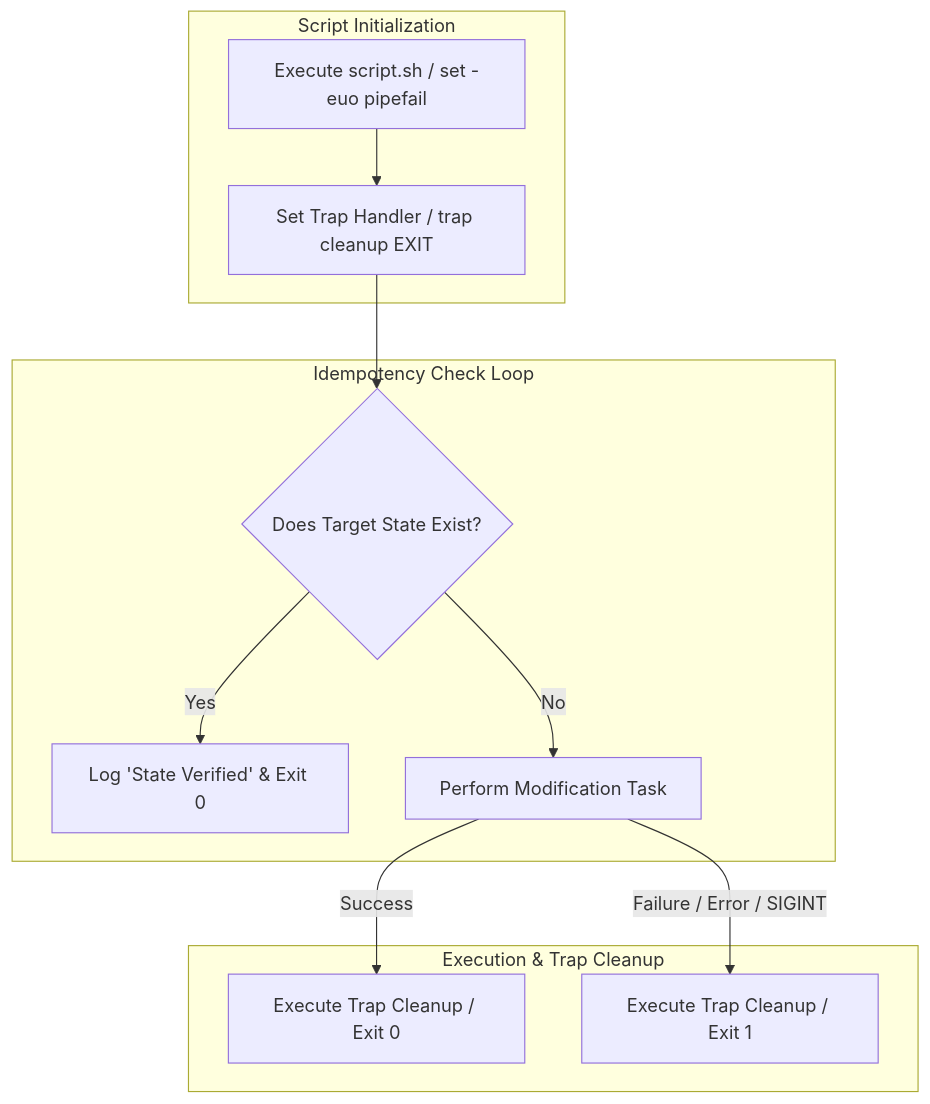
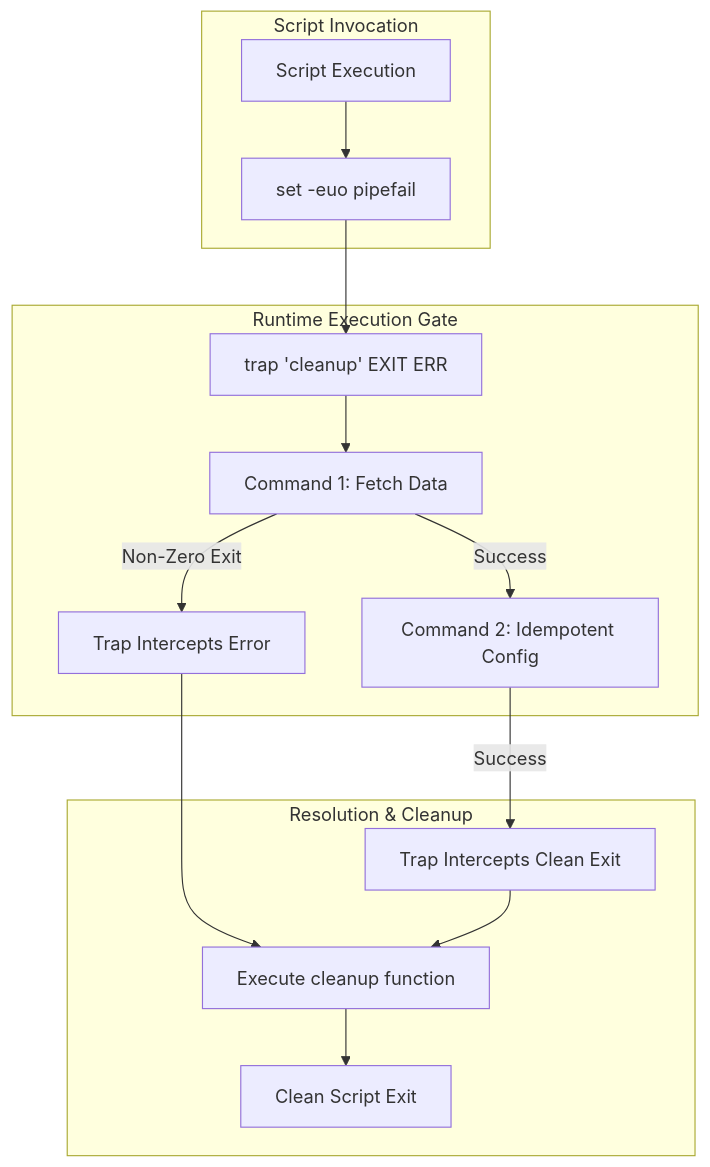
The diagram in output/generated/module-01/lesson-04.md (aloysiuspattath/platform-engineering-ai-course), drawn with Mermaid before and after one commit. The commit also changed other lines of this file and 16 other files, not shown here.

````diff
--- a/output/generated/module-01/lesson-04.md
+++ b/output/generated/module-01/lesson-04.md
@@ -67,20 +69,20 @@
 ```mermaid
 flowchart TD
-    subgraph Script Initialization
-        INIT[Execute script.sh / set -euo pipefail]
-        TRAP[Set Trap Handler / trap cleanup EXIT]
-        INIT --> TRAP
+    subgraph Script Invocation
+        INVOKE[Script Execution] --> STRICT[set -euo pipefail]
     end
 
-    subgraph Idempotency Check Loop
-        CHECK{Does Target State Exist?}
-        CHECK -->|Yes| SKIP[Log 'State Verified' & Exit 0]
-        CHECK -->|No| EXEC[Perform Modification Task]
+    subgraph Runtime Execution Gate
+        STRICT --> TRAP[trap 'cleanup' EXIT ERR]
+        TRAP --> EXEC1[Command 1: Fetch Data]
+        EXEC1 -->|Non-Zero Exit| ERR_TRAP[Trap Intercepts Error]
+        EXEC1 -->|Success| EXEC2[Command 2: Idempotent Config]
     end
 
-    subgraph Execution & Trap Cleanup
-        TRAP --> CHECK
-        EXEC -->|Success| CLEANUP_SUCCESS[Execute Trap Cleanup / Exit 0]
-        EXEC -->|Failure / Error / SIGINT| CLEANUP_FAIL[Execute Trap Cleanup / Exit 1]
+    subgraph Resolution & Cleanup
+        EXEC2 -->|Success| EXIT_TRAP[Trap Intercepts Clean Exit]
+        ERR_TRAP --> CLEAN[Execute cleanup function]
+        EXIT_TRAP --> CLEAN
+        CLEAN --> FINISH[Clean Script Exit]
     end
 ```
````
